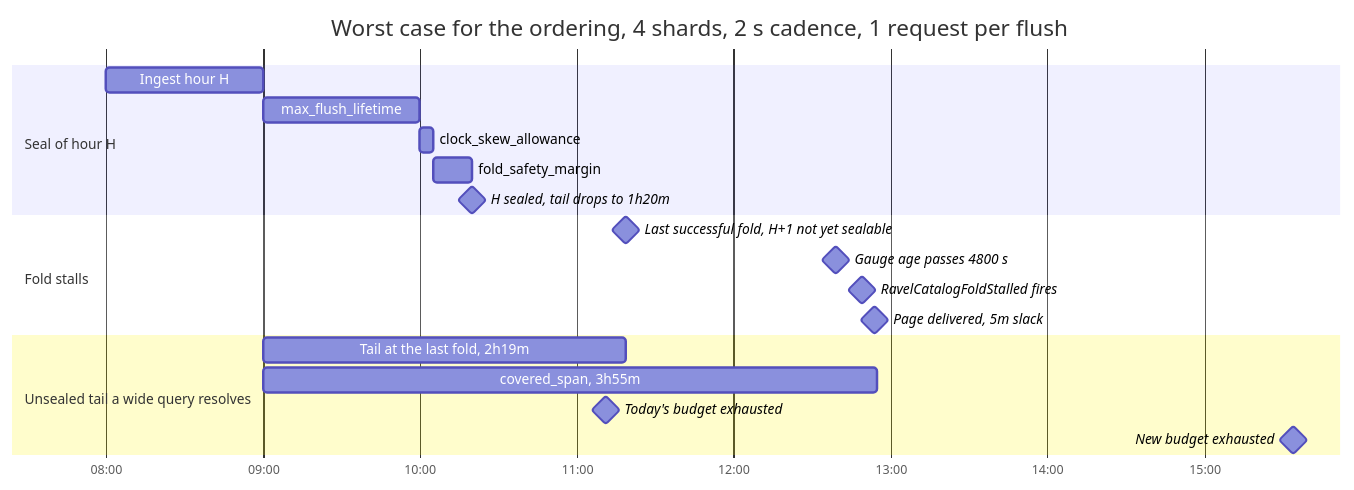
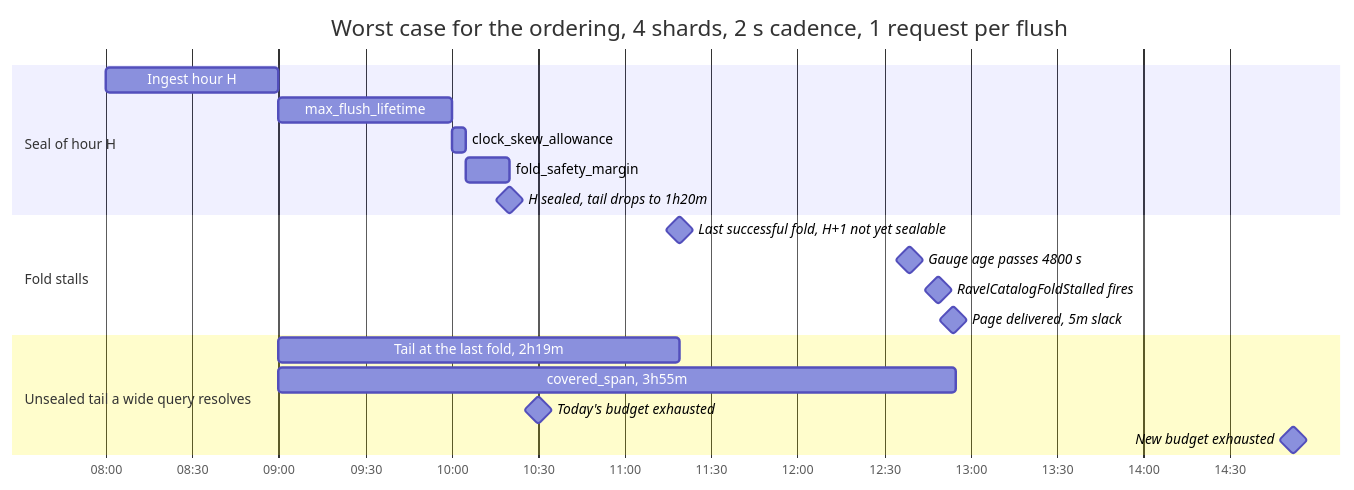
Before and after one commit to NOFireAI/ravel: the diagram in docs/adrs/1306-request-budget-covers-unsealed-tail-and-fold-stall-window.md, drawn with Mermaid. The commit also changed other lines of this file and 1 other file, not shown here.

````diff
--- a/docs/adrs/1306-request-budget-covers-unsealed-tail-and-fold-stall-window.md
+++ b/docs/adrs/1306-request-budget-covers-unsealed-tail-and-fold-stall-window.md
@@ -190,22 +194,22 @@
 ```mermaid
 gantt
     title Worst case for the ordering, 4 shards, 2 s cadence, 1 request per flush
     dateFormat HH:mm
     axisFormat %H:%M
     section Seal of hour H
     Ingest hour H                         :h, 08:00, 60m
     max_flush_lifetime                    :fl, 09:00, 60m
     clock_skew_allowance                  :sk, 10:00, 5m
     fold_safety_margin                    :mg, 10:05, 15m
     H sealed, tail drops to 1h20m         :milestone, m0, 10:20, 0m
     section Fold stalls
     Last successful fold, H+1 not yet sealable :milestone, m1, 11:19, 0m
     Gauge age passes 4800 s               :milestone, m2, 12:39, 0m
     RavelCatalogFoldStalled fires         :milestone, m3, 12:49, 0m
     Page delivered, 5m slack              :milestone, m4, 12:54, 0m
     section Unsealed tail a wide query resolves
     Tail at the last fold, 2h19m          :t1, 09:00, 139m
     covered_span, 3h55m                   :t2, 09:00, 235m
-    Today's budget exhausted              :milestone, q0, 11:11, 0m
-    New budget exhausted                  :milestone, q1, 15:34, 0m
+    Today's budget exhausted              :milestone, q0, 10:30, 0m
+    New budget exhausted                  :milestone, q1, 14:52, 0m
 ```
````
